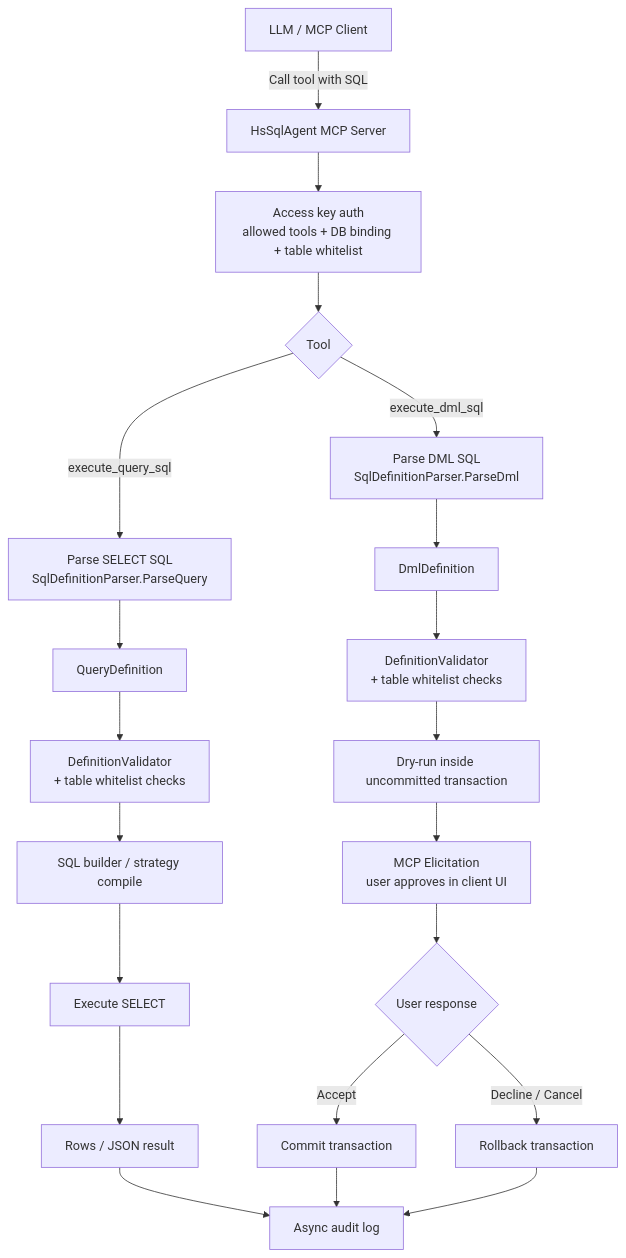
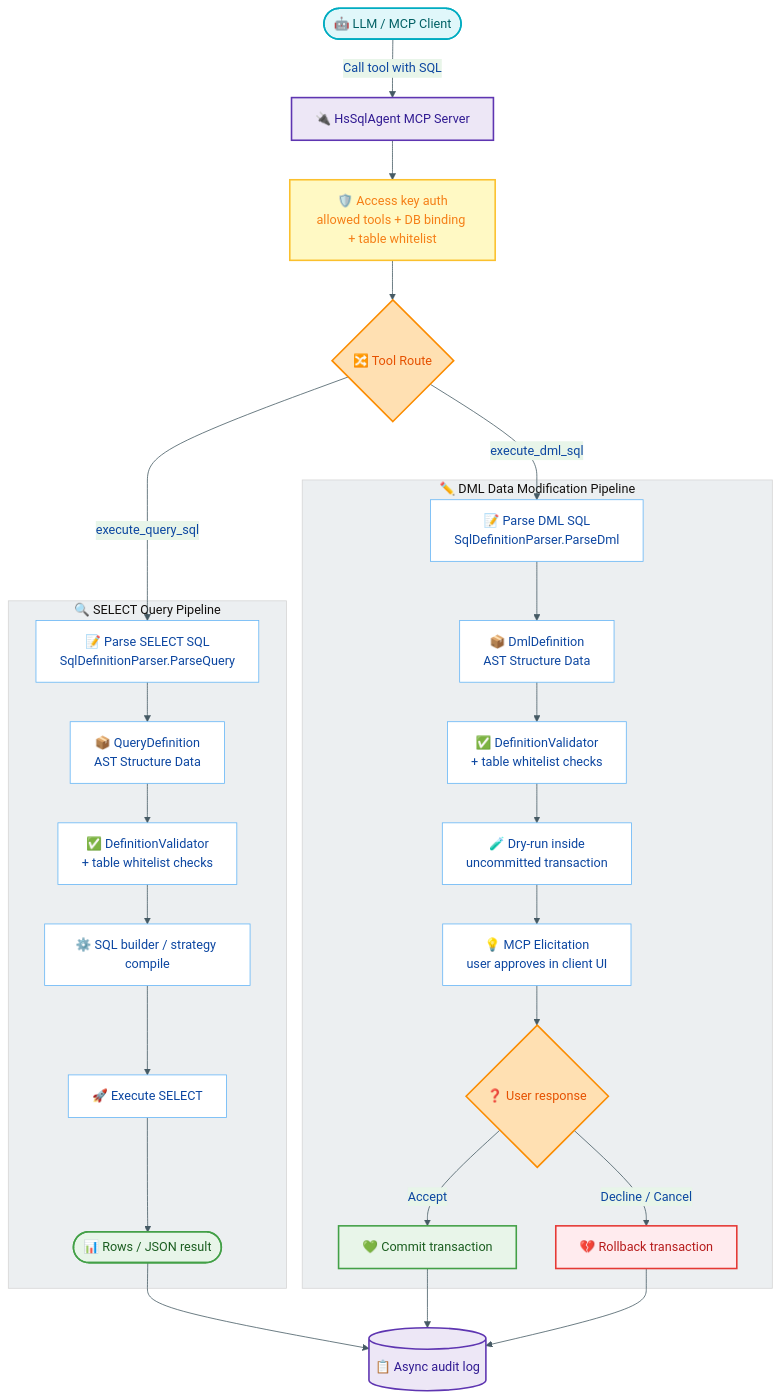
Before and after one commit to tse-wei-chen/hs-sql-agent: the diagram in README.md, drawn with Mermaid. The commit also changed other lines of this file, not shown here.

````diff
--- a/README.md
+++ b/README.md
@@ -68,26 +68,90 @@
 ```mermaid
+%%{init: {
+  'theme': 'base',
+  'themeVariables': {
+    'primaryColor': '#E3F2FD',
+    'primaryTextColor': '#0D47A1',
+    'primaryBorderColor': '#64B5F6',
+    'lineColor': '#455A64',
+    'secondaryColor': '#E8F5E9',
+    'tertiaryColor': '#ECEFF1',
+    'mainBkg': '#FFFFFF'
+  }
+}}%%
+
 flowchart TD
-    LLM["LLM / MCP Client"] -->|Call tool with SQL| MCP["HsSqlAgent MCP Server"]
-    MCP --> AUTH["Access key auth<br/>allowed tools + DB binding + table whitelist"]
-    AUTH --> ROUTE{"Tool"}
+    %% 1. 先定義節點形狀與文字 (使用標準單組雙引號與轉義字元)
+    LLM(["🤖 LLM / MCP Client"])
+    MCP["🔌 HsSqlAgent MCP Server"]
+    AUTH["🛡️ Access key auth<br/>allowed tools + DB binding + table whitelist"]
+    ROUTE{"🔀 Tool Route"}
 
-    ROUTE -->|execute_query_sql| QPARSE["Parse SELECT SQL<br/>SqlDefinitionParser.ParseQuery"]
-    QPARSE --> QDEF["QueryDefinition"]
-    QDEF --> QVALID["DefinitionValidator<br/>+ table whitelist checks"]
-    QVALID --> QBUILD["SQL builder / strategy compile"]
-    QBUILD --> QEXEC["Execute SELECT"]
-    QEXEC --> QRESULT["Rows / JSON result"]
+    %% 2. 建立節點之間的連接關係
+    LLM -->|Call tool with SQL| MCP
+    MCP --> AUTH
+    AUTH --> ROUTE
 
-    ROUTE -->|execute_dml_sql| DPARSE["Parse DML SQL<br/>SqlDefinitionParser.ParseDml"]
-    DPARSE --> DDEF["DmlDefinition"]
-    DDEF --> DVALID["DefinitionValidator<br/>+ table whitelist checks"]
-    DVALID --> DRYRUN["Dry-run inside uncommitted transaction"]
-    DRYRUN --> ELICIT["MCP Elicitation<br/>user approves in client UI"]
-    ELICIT --> DECIDE{"User response"}
-    DECIDE -->|Accept| DEXEC["Commit transaction"]
-    DECIDE -->|Decline / Cancel| DROLLBACK["Rollback transaction"]
+    %% SELECT 查詢流程
+    subgraph Query_Flow ["🔍 SELECT Query Pipeline"]
+        QPARSE["📝 Parse SELECT SQL<br/>SqlDefinitionParser.ParseQuery"]
+        QDEF["📦 QueryDefinition<br/>AST Structure Data"]
+        QVALID["✅ DefinitionValidator<br/>+ table whitelist checks"]
+        QBUILD["⚙️ SQL builder / strategy compile"]
+        QEXEC["🚀 Execute SELECT"]
+        QRESULT(["📊 Rows / JSON result"])
+        
+        QPARSE --> QDEF
+        QDEF --> QVALID
+        QVALID --> QBUILD
+        QBUILD --> QEXEC
+        QEXEC --> QRESULT
+    end
 
-    QRESULT --> AUDIT["Async audit log"]
+    %% DML 異動流程
+    subgraph DML_Flow ["✏️ DML Data Modification Pipeline"]
+        DPARSE["📝 Parse DML SQL<br/>SqlDefinitionParser.ParseDml"]
+        DDEF["📦 DmlDefinition<br/>AST Structure Data"]
+        DVALID["✅ DefinitionValidator<br/>+ table whitelist checks"]
+        DRYRUN["🧪 Dry-run inside<br/>uncommitted transaction"]
+        ELICIT["💡 MCP Elicitation<br/>user approves in client UI"]
+        DECIDE{"❓ User response"}
+        DEXEC["💚 Commit transaction"]
+        DROLLBACK["💔 Rollback transaction"]
+        
+        DPARSE --> DDEF
+        DDEF --> DVALID
+        DVALID --> DRYRUN
+        DRYRUN --> ELICIT
+        ELICIT --> DECIDE
+        
+        DECIDE -->|Accept| DEXEC
+        DECIDE -->|Decline / Cancel| DROLLBACK
+    end
+
+    %% 路由分流
+    ROUTE -->|execute_query_sql| QPARSE
+    ROUTE -->|execute_dml_sql| DPARSE
+
+    %% 審計日誌
+    AUDIT[("📋 Async audit log")]
+    
+    QRESULT --> AUDIT
     DEXEC --> AUDIT
     DROLLBACK --> AUDIT
+
+    %% 3. 獨立定義自訂樣式 (Class Styles)
+    classDef client fill:#E0F7FA,stroke:#00ACC1,stroke-width:2px,color:#006064;
+    classDef server fill:#EDE7F6,stroke:#5E35B1,stroke-width:2px,color:#311B92;
+    classDef auth fill:#FFF9C4,stroke:#FBC02D,stroke-width:2px,color:#F57F17;
+    classDef cond fill:#FFE0B2,stroke:#FB8C00,stroke-width:2px,color:#E65100;
+    classDef danger fill:#FFEBEE,stroke:#E53935,stroke-width:2px,color:#B71C1C;
+    classDef success fill:#E8F5E9,stroke:#43A047,stroke-width:2px,color:#1B5E20;
+
+    %% 4. 將樣式套用到對應的節點上
+    class LLM client;
+    class MCP,AUDIT server;
+    class AUTH auth;
+    class ROUTE,DECIDE cond;
+    class QRESULT,DEXEC success;
+    class DROLLBACK danger;
 ```
````
